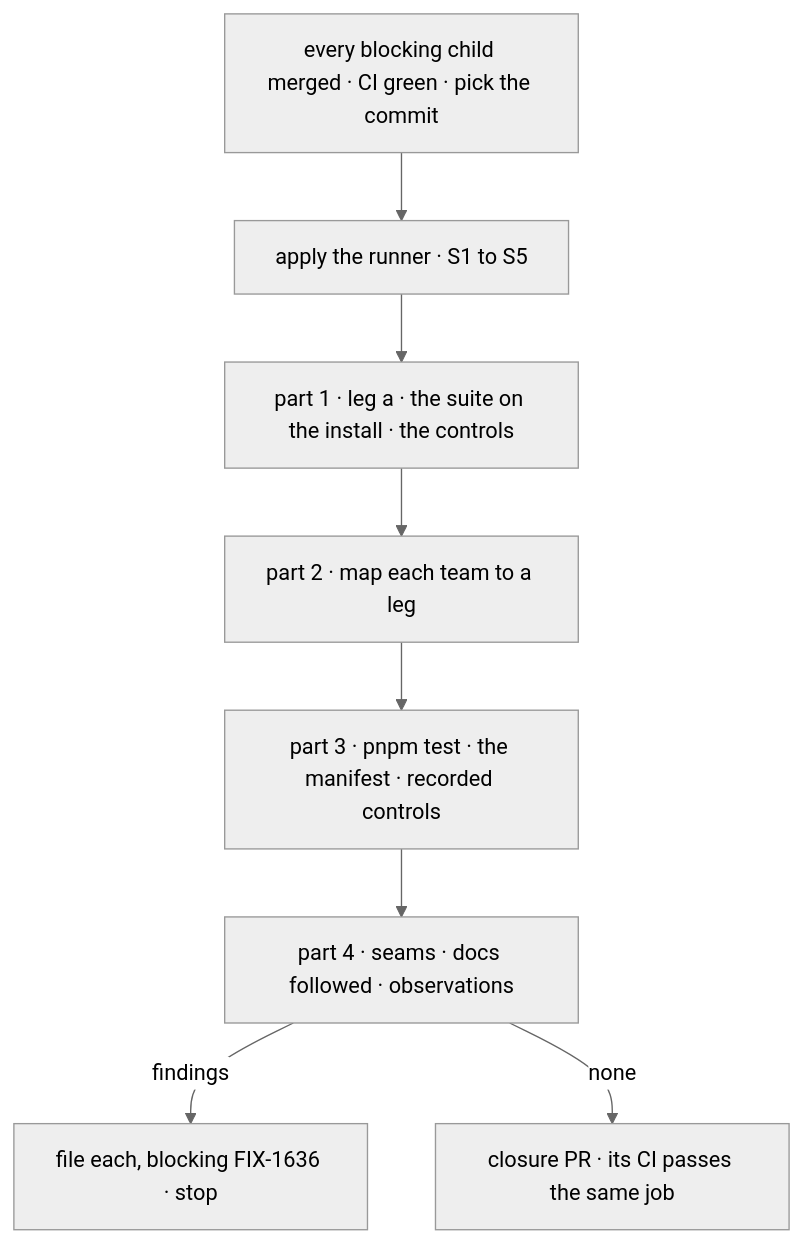
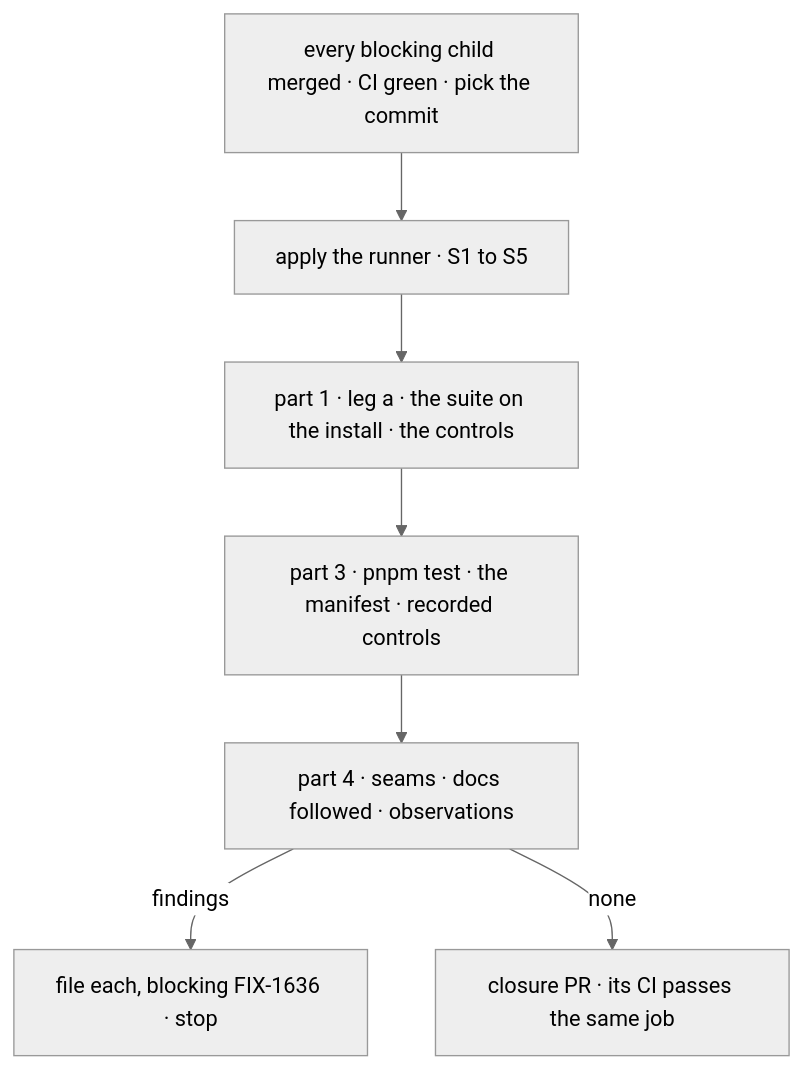
The diagram in specs/issues/FIX-1636/PLAN.md (fixpoint-labs/flow-state-dev), drawn with Mermaid (neutral theme) before and after one commit. The commit also changed other lines of this file and 5 other files, not shown here.

````diff
--- a/specs/issues/FIX-1636/PLAN.md
+++ b/specs/issues/FIX-1636/PLAN.md
@@ -28,10 +28,9 @@
 ```mermaid
 flowchart TD
   M["every blocking child merged · CI green · pick the commit"] --> R["apply the runner · S1 to S5"]
   R --> P1["part 1 · leg a · the suite on the install · the controls"]
-  P1 --> P2["part 2 · map each team to a leg"]
-  P2 --> P3["part 3 · pnpm test · the manifest · recorded controls"]
+  P1 --> P3["part 3 · pnpm test · the manifest · recorded controls"]
   P3 --> P4["part 4 · seams · docs followed · observations"]
   P4 -->|"findings"| F["file each, blocking FIX-1636 · stop"]
   P4 -->|"none"| PR["closure PR · its CI passes the same job"]
 ```
````
